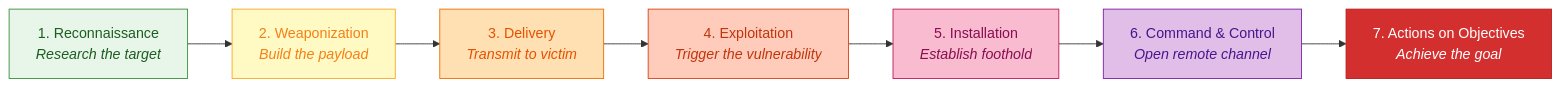
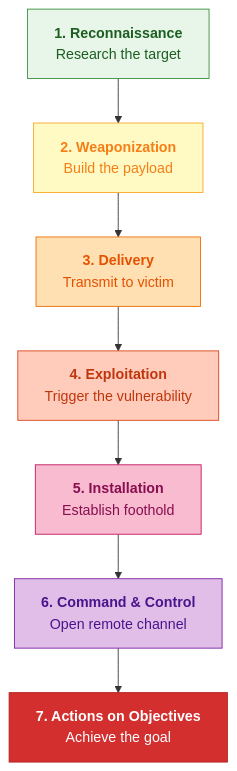
One commit to seerflow/seerflow-guide changed the diagram in docs/security-primer/kill-chain.md. Above: the diagram before and after it, drawn with Mermaid. The commit also changed other lines of this file and 7 other files, not shown here.

First line of the commit message:
docs: add MITRE ATT&CK links, reference pages, and diagram improvements

````diff
--- a/docs/security-primer/kill-chain.md
+++ b/docs/security-primer/kill-chain.md
@@ -11,17 +11,17 @@
 ```mermaid
-graph LR
-    R["1. Reconnaissance<br/><em>Research the target</em>"]:::stage1 --> W["2. Weaponization<br/><em>Build the payload</em>"]:::stage2
-    W --> D["3. Delivery<br/><em>Transmit to victim</em>"]:::stage3
-    D --> E["4. Exploitation<br/><em>Trigger the vulnerability</em>"]:::stage4
-    E --> I["5. Installation<br/><em>Establish foothold</em>"]:::stage5
-    I --> C2["6. Command &amp; Control<br/><em>Open remote channel</em>"]:::stage6
-    C2 --> A["7. Actions on Objectives<br/><em>Achieve the goal</em>"]:::stage7
+graph TD
+    R["<b>1. Reconnaissance</b><br/>Research the target"]:::stage1 --> W["<b>2. Weaponization</b><br/>Build the payload"]:::stage2
+    W --> D["<b>3. Delivery</b><br/>Transmit to victim"]:::stage3
+    D --> E["<b>4. Exploitation</b><br/>Trigger the vulnerability"]:::stage4
+    E --> I["<b>5. Installation</b><br/>Establish foothold"]:::stage5
+    I --> C2["<b>6. Command & Control</b><br/>Open remote channel"]:::stage6
+    C2 --> A["<b>7. Actions on Objectives</b><br/>Achieve the goal"]:::stage7
 
     classDef stage1 fill:#e8f5e9,stroke:#388e3c,color:#1b5e20
     classDef stage2 fill:#fff9c4,stroke:#f9a825,color:#f57f17
     classDef stage3 fill:#ffe0b2,stroke:#ef6c00,color:#e65100
     classDef stage4 fill:#ffccbc,stroke:#d84315,color:#bf360c
     classDef stage5 fill:#f8bbd0,stroke:#c2185b,color:#880e4f
     classDef stage6 fill:#e1bee7,stroke:#7b1fa2,color:#4a148c
     classDef stage7 fill:#d32f2f,stroke:#b71c1c,color:#ffffff
 ```
````
